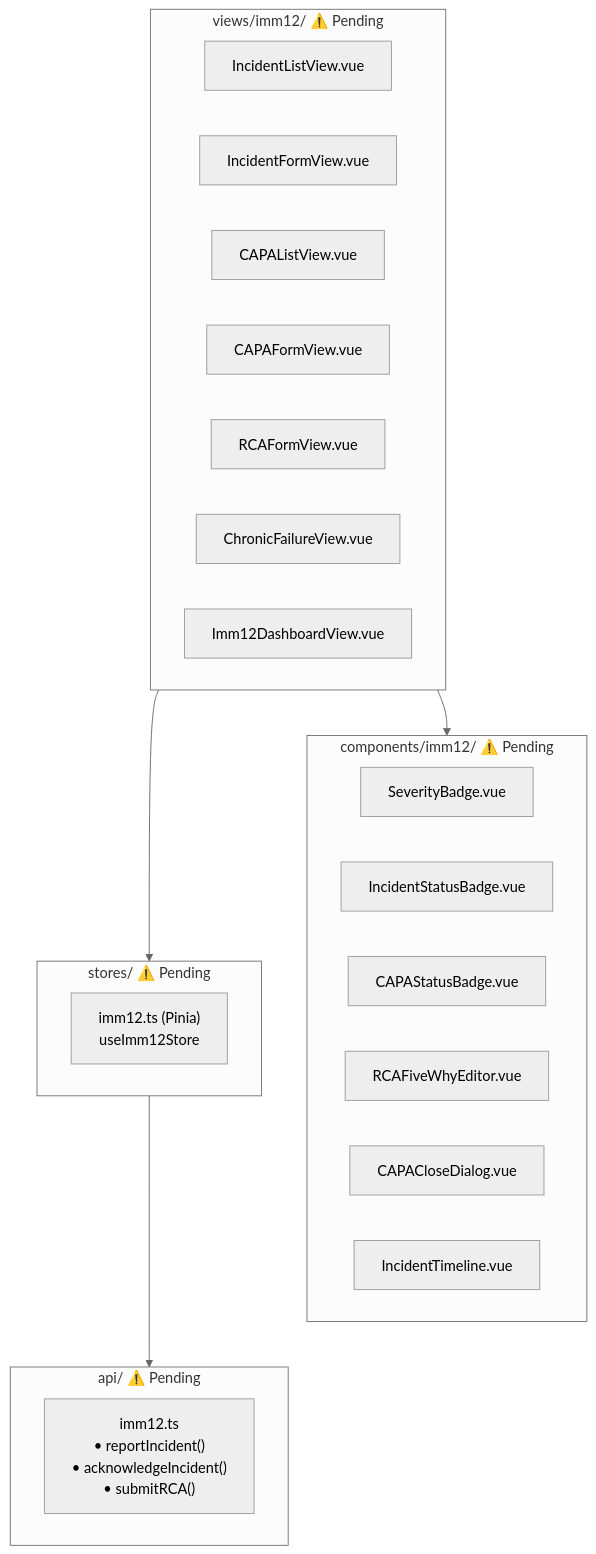
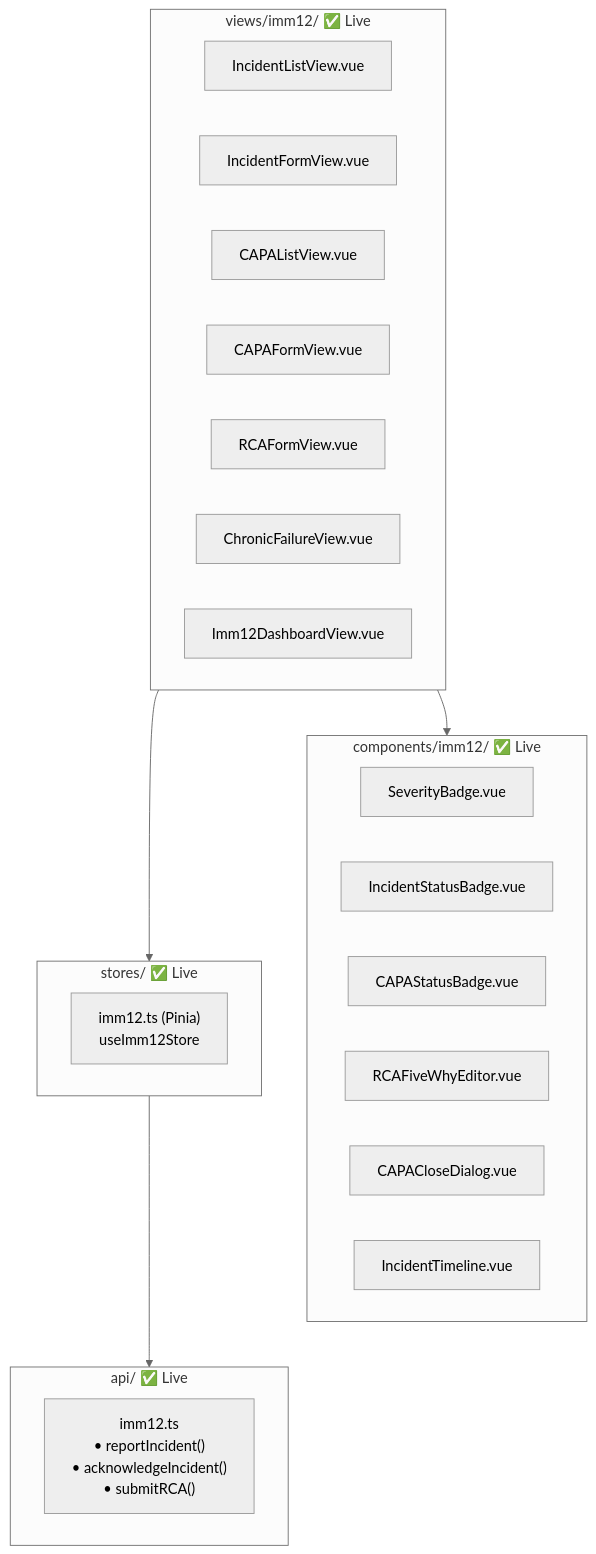
One commit to mvl26/Assetcore changed the seventh of 7 diagrams in docs/imm-12/03_Diagrams.md. Above: the diagram before and after it, drawn with Mermaid (neutral theme). The commit also changed other lines of this file and 180 other files, not shown here.

````diff
--- a/docs/imm-12/03_Diagrams.md
+++ b/docs/imm-12/03_Diagrams.md
@@ -361,33 +362,33 @@
 ```mermaid
 flowchart TD
-    subgraph views ["views/imm12/ ⚠️ Pending"]
+    subgraph views ["views/imm12/ ✅ Live"]
         V1["IncidentListView.vue"]
         V2["IncidentFormView.vue"]
         V3["CAPAListView.vue"]
         V4["CAPAFormView.vue"]
         V5["RCAFormView.vue"]
         V6["ChronicFailureView.vue"]
         V7["Imm12DashboardView.vue"]
     end
 
-    subgraph comps ["components/imm12/ ⚠️ Pending"]
+    subgraph comps ["components/imm12/ ✅ Live"]
         C1["SeverityBadge.vue"]
         C2["IncidentStatusBadge.vue"]
         C3["CAPAStatusBadge.vue"]
         C4["RCAFiveWhyEditor.vue"]
         C5["CAPACloseDialog.vue"]
         C6["IncidentTimeline.vue"]
     end
 
-    subgraph store ["stores/ ⚠️ Pending"]
+    subgraph store ["stores/ ✅ Live"]
         ST["imm12.ts (Pinia)\nuseImm12Store"]
     end
 
-    subgraph api_layer ["api/ ⚠️ Pending"]
+    subgraph api_layer ["api/ ✅ Live"]
         AP["imm12.ts\n• reportIncident()\n• acknowledgeIncident()\n• submitRCA()"]
     end
 
     views --> comps
     views --> store
     store --> api_layer
 ```
````
